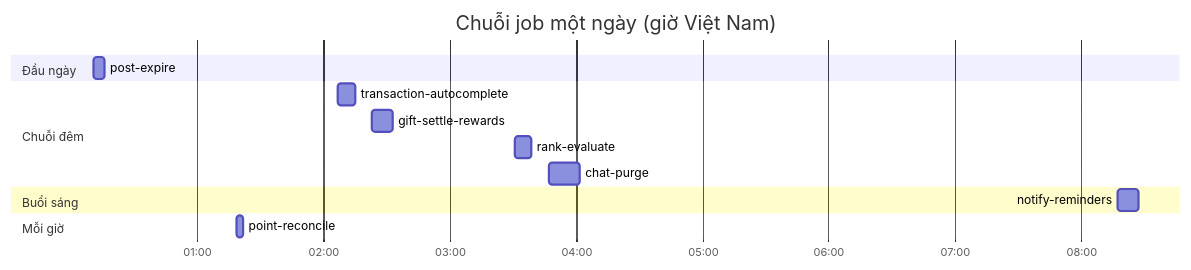
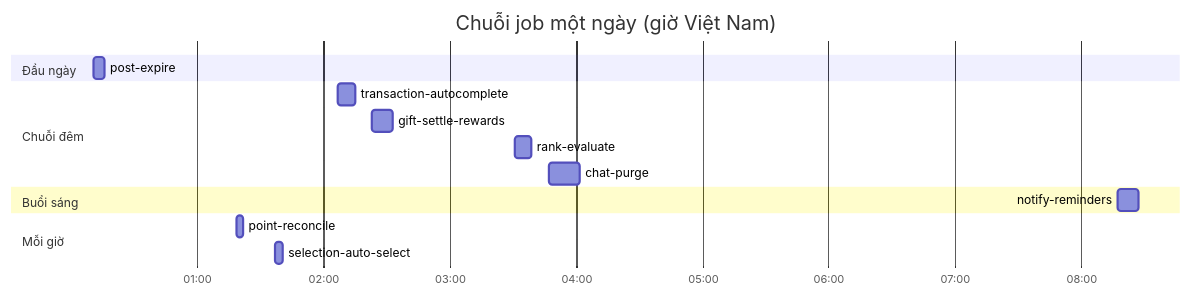
The fifth of 7 diagrams in docs/diagram/17-jobs.md (fdshn/trueheart), drawn with Mermaid before and after one commit. The commit also changed other lines of this file and 20 other files, not shown here.

````diff
--- a/docs/diagram/17-jobs.md
+++ b/docs/diagram/17-jobs.md
@@ -114,17 +115,18 @@
 ```mermaid
 gantt
     title Chuỗi job một ngày (giờ Việt Nam)
     dateFormat HH:mm
     axisFormat %H:%M
     section Đầu ngày
     post-expire            :00:11, 5m
     section Chuỗi đêm
     transaction-autocomplete :02:07, 8m
     gift-settle-rewards      :02:23, 10m
     rank-evaluate            :03:31, 8m
     chat-purge               :03:47, 15m
     section Buổi sáng
     notify-reminders       :08:17, 10m
     section Mỗi giờ
     point-reconcile        :01:19, 3m
+    selection-auto-select  :01:37, 4m
 ```
````
